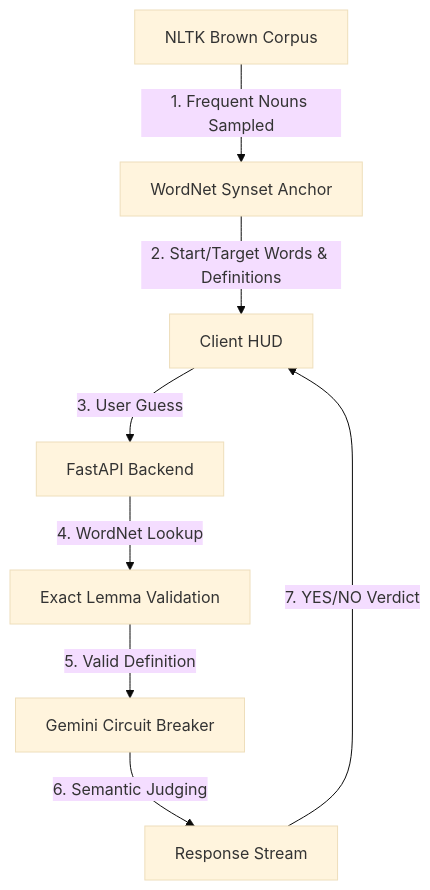
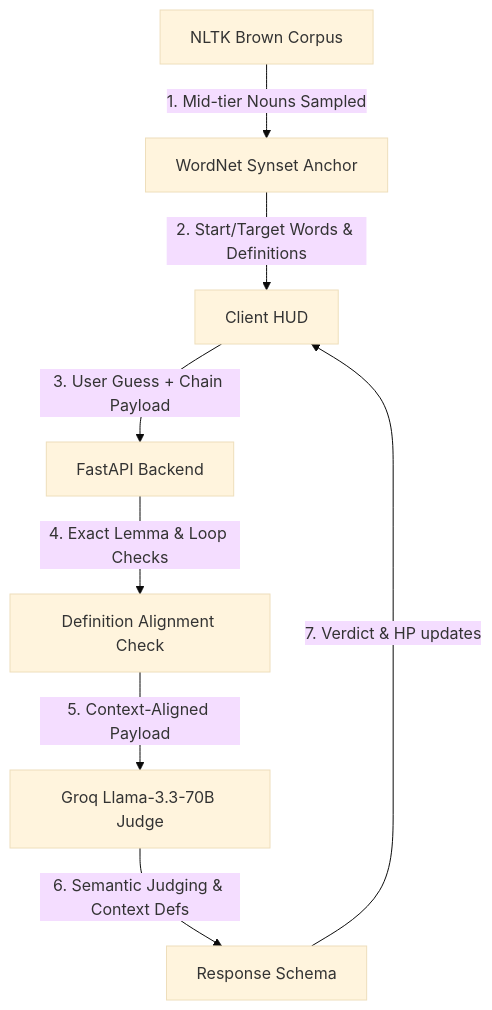
One commit to Johann-75/six-degrees changed the diagram in README.md. Above: the diagram before and after it, drawn with Mermaid (base theme). The commit also changed other lines of this file and 15 other files, not shown here.

````diff
--- a/README.md
+++ b/README.md
@@ -16,10 +16,10 @@
 ```mermaid
 graph TD
-    A[NLTK Brown Corpus] --"1. Frequent Nouns Sampled"--> B[WordNet Synset Anchor]
+    A[NLTK Brown Corpus] --"1. Mid-tier Nouns Sampled"--> B[WordNet Synset Anchor]
     B --"2. Start/Target Words & Definitions"--> C[Client HUD]
-    C --"3. User Guess"--> D[FastAPI Backend]
-    D --"4. WordNet Lookup"--> E[Exact Lemma Validation]
-    E --"5. Valid Definition"--> F[Gemini Circuit Breaker]
-    F --"6. Semantic Judging"--> G[Response Stream]
-    G --"7. YES/NO Verdict"--> C
+    C --"3. User Guess + Chain Payload"--> D[FastAPI Backend]
+    D --"4. Exact Lemma & Loop Checks"--> E[Definition Alignment Check]
+    E --"5. Context-Aligned Payload"--> F[Groq Llama-3.3-70B Judge]
+    F --"6. Semantic Judging & Context Defs"--> G[Response Schema]
+    G --"7. Verdict & HP updates"--> C
 ```
````
